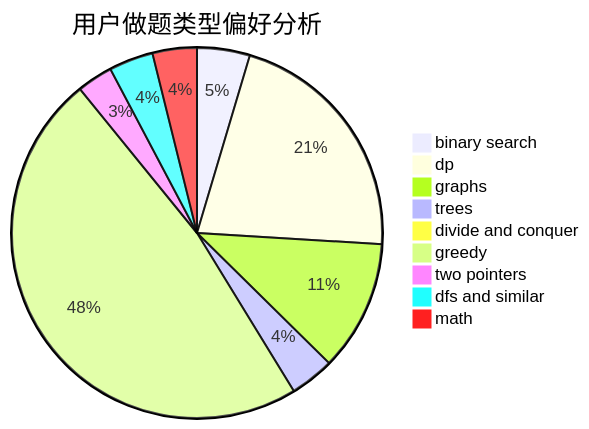
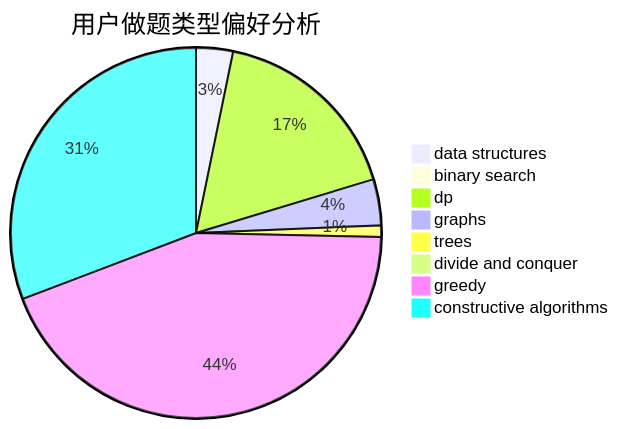
Before and after one commit to sherpahu/cfrs.github.io: the second of 3 diagrams in docs/user/u584.md, drawn with Mermaid. The commit also changed other lines of this file and 2775 other files, not shown here.

````diff
--- a/docs/user/u584.md
+++ b/docs/user/u584.md
@@ -23,12 +23,11 @@
 ```mermaid
 pie title 用户做题类型偏好分析
-    "binary search" :  25
-    "dp" :  116
-    "graphs" :  62
-    "trees" :  21
+    "data structures" :  16
+    "binary search" :  0
+    "dp" :  85
+    "graphs" :  20
+    "trees" :  5
     "divide and conquer" :  0
-    "greedy" :  260
-    "two pointers" :  17
-    "dfs and similar" :  21
-    "math" :  21
+    "greedy" :  218
+    "constructive algorithms" :  153
 ```
````
